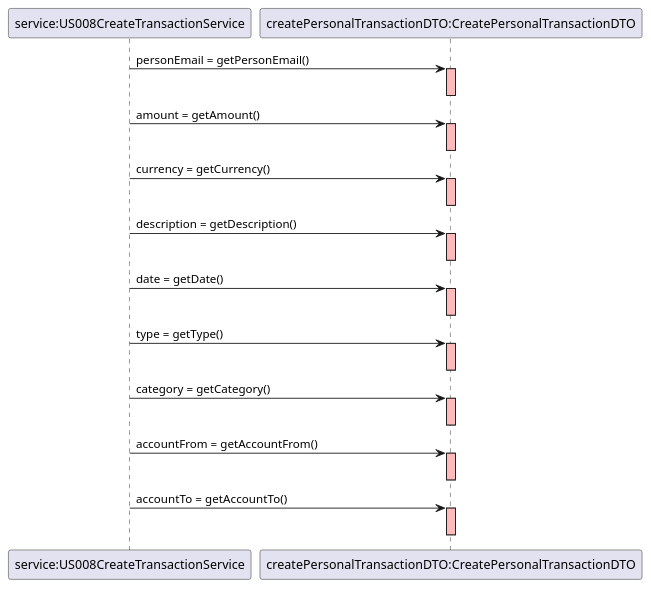
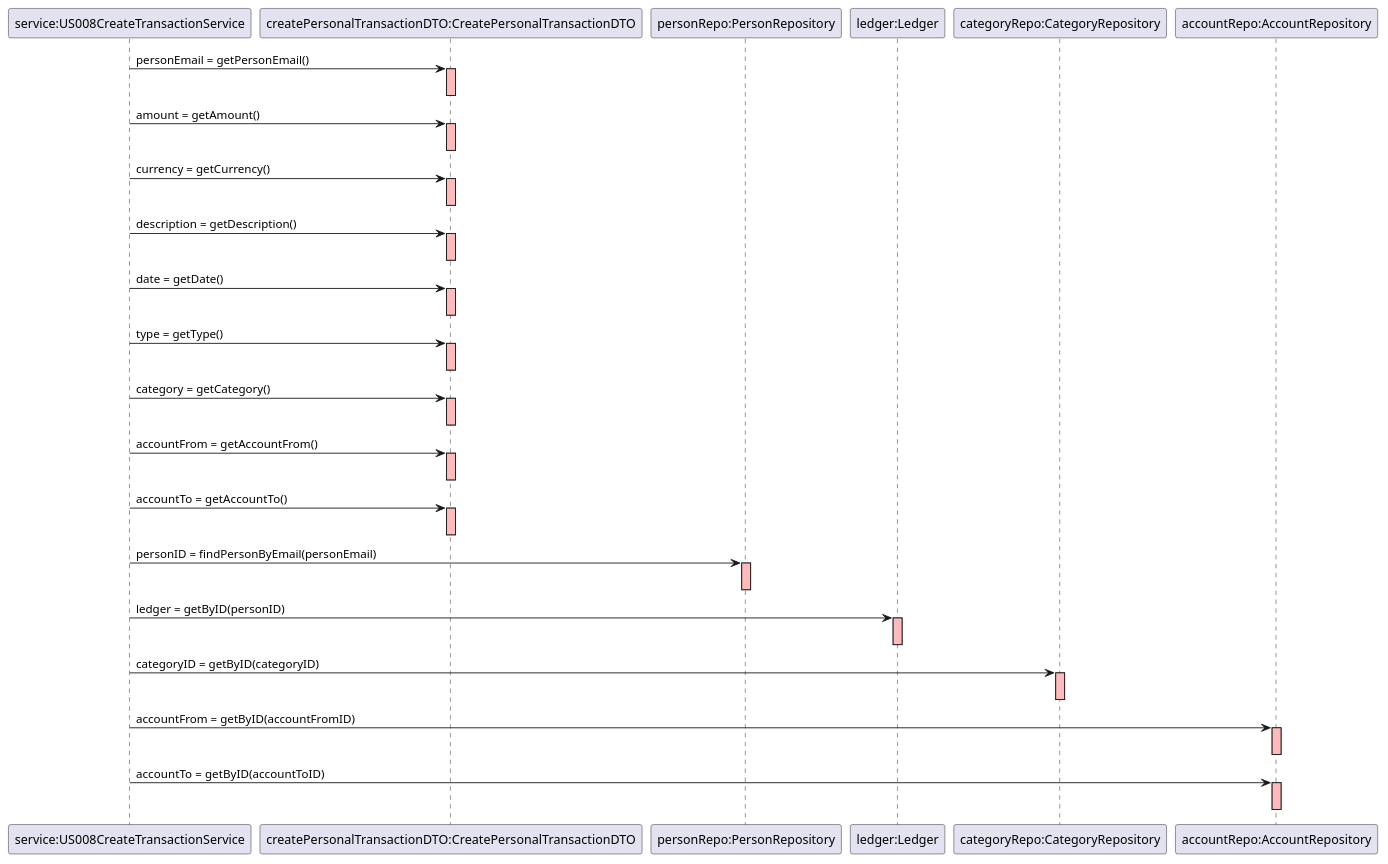
One commit to mleitaoribeiro/DevOpsMaven changed the diagram in src/main/java/switch2019/project/controllerLayer/rest/US008CreatePersonTransactionControllerRest_P2_1Get.puml. Above: the diagram before and after it, drawn with PlantUML. The commit also changed 2 other files, not shown here.

Commit message:
ref #970: US08 - updated Sequence Diagram

```diff
--- a/src/main/java/switch2019/project/controllerLayer/rest/US008CreatePersonTransactionControllerRest_P2_1Get.puml
+++ b/src/main/java/switch2019/project/controllerLayer/rest/US008CreatePersonTransactionControllerRest_P2_1Get.puml
@@ -1,42 +1,60 @@
 @startuml
 
 "service:US008CreateTransactionService" -> "createPersonalTransactionDTO:CreatePersonalTransactionDTO" : personEmail = getPersonEmail()
 activate "createPersonalTransactionDTO:CreatePersonalTransactionDTO"  #FFBBBB
 deactivate "createPersonalTransactionDTO:CreatePersonalTransactionDTO"
 
 "service:US008CreateTransactionService" -> "createPersonalTransactionDTO:CreatePersonalTransactionDTO" : amount = getAmount()
 activate "createPersonalTransactionDTO:CreatePersonalTransactionDTO"  #FFBBBB
 deactivate "createPersonalTransactionDTO:CreatePersonalTransactionDTO"
 
 "service:US008CreateTransactionService" -> "createPersonalTransactionDTO:CreatePersonalTransactionDTO" : currency = getCurrency()
 activate "createPersonalTransactionDTO:CreatePersonalTransactionDTO"  #FFBBBB
 deactivate "createPersonalTransactionDTO:CreatePersonalTransactionDTO"
 
 "service:US008CreateTransactionService" -> "createPersonalTransactionDTO:CreatePersonalTransactionDTO" : description = getDescription()
 activate "createPersonalTransactionDTO:CreatePersonalTransactionDTO"  #FFBBBB
 deactivate "createPersonalTransactionDTO:CreatePersonalTransactionDTO"
 
 "service:US008CreateTransactionService" -> "createPersonalTransactionDTO:CreatePersonalTransactionDTO" : date = getDate()
 activate "createPersonalTransactionDTO:CreatePersonalTransactionDTO"  #FFBBBB
 deactivate "createPersonalTransactionDTO:CreatePersonalTransactionDTO"
 
 "service:US008CreateTransactionService" -> "createPersonalTransactionDTO:CreatePersonalTransactionDTO" : type = getType()
 activate "createPersonalTransactionDTO:CreatePersonalTransactionDTO"  #FFBBBB
 deactivate "createPersonalTransactionDTO:CreatePersonalTransactionDTO"
 
 "service:US008CreateTransactionService" -> "createPersonalTransactionDTO:CreatePersonalTransactionDTO" : category = getCategory()
 activate "createPersonalTransactionDTO:CreatePersonalTransactionDTO"  #FFBBBB
 deactivate "createPersonalTransactionDTO:CreatePersonalTransactionDTO"
 
 "service:US008CreateTransactionService" -> "createPersonalTransactionDTO:CreatePersonalTransactionDTO" : accountFrom = getAccountFrom()
 activate "createPersonalTransactionDTO:CreatePersonalTransactionDTO"  #FFBBBB
 deactivate "createPersonalTransactionDTO:CreatePersonalTransactionDTO"
 
 "service:US008CreateTransactionService" -> "createPersonalTransactionDTO:CreatePersonalTransactionDTO" : accountTo = getAccountTo()
 activate "createPersonalTransactionDTO:CreatePersonalTransactionDTO"  #FFBBBB
 deactivate "createPersonalTransactionDTO:CreatePersonalTransactionDTO"
 
+"service:US008CreateTransactionService" -> "personRepo:PersonRepository" : personID = findPersonByEmail(personEmail)
+activate "personRepo:PersonRepository" #FFBBBB
+deactivate "personRepo:PersonRepository"
 
+"service:US008CreateTransactionService" -> "ledger:Ledger" : ledger = getByID(personID)
+activate "ledger:Ledger" #FFBBBB
+deactivate "ledger:Ledger"
+
+"service:US008CreateTransactionService" -> "categoryRepo:CategoryRepository" : categoryID = getByID(categoryID)
+activate "categoryRepo:CategoryRepository" #FFBBBB
+deactivate "categoryRepo:CategoryRepository"
+
+"service:US008CreateTransactionService" -> "accountRepo:AccountRepository" : accountFrom = getByID(accountFromID)
+activate "accountRepo:AccountRepository" #FFBBBB
+deactivate "accountRepo:AccountRepository"
+
+"service:US008CreateTransactionService" -> "accountRepo:AccountRepository" : accountTo = getByID(accountToID)
+activate "accountRepo:AccountRepository" #FFBBBB
+deactivate "accountRepo:AccountRepository"
 
 
 @enduml
```
